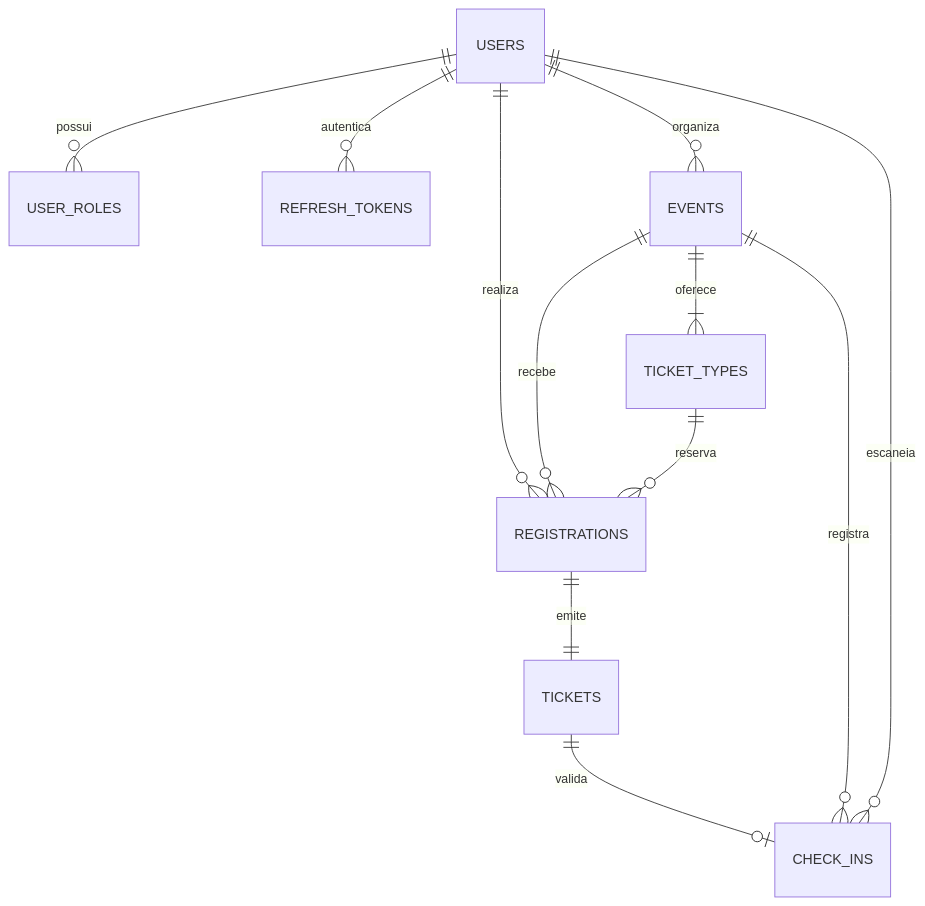
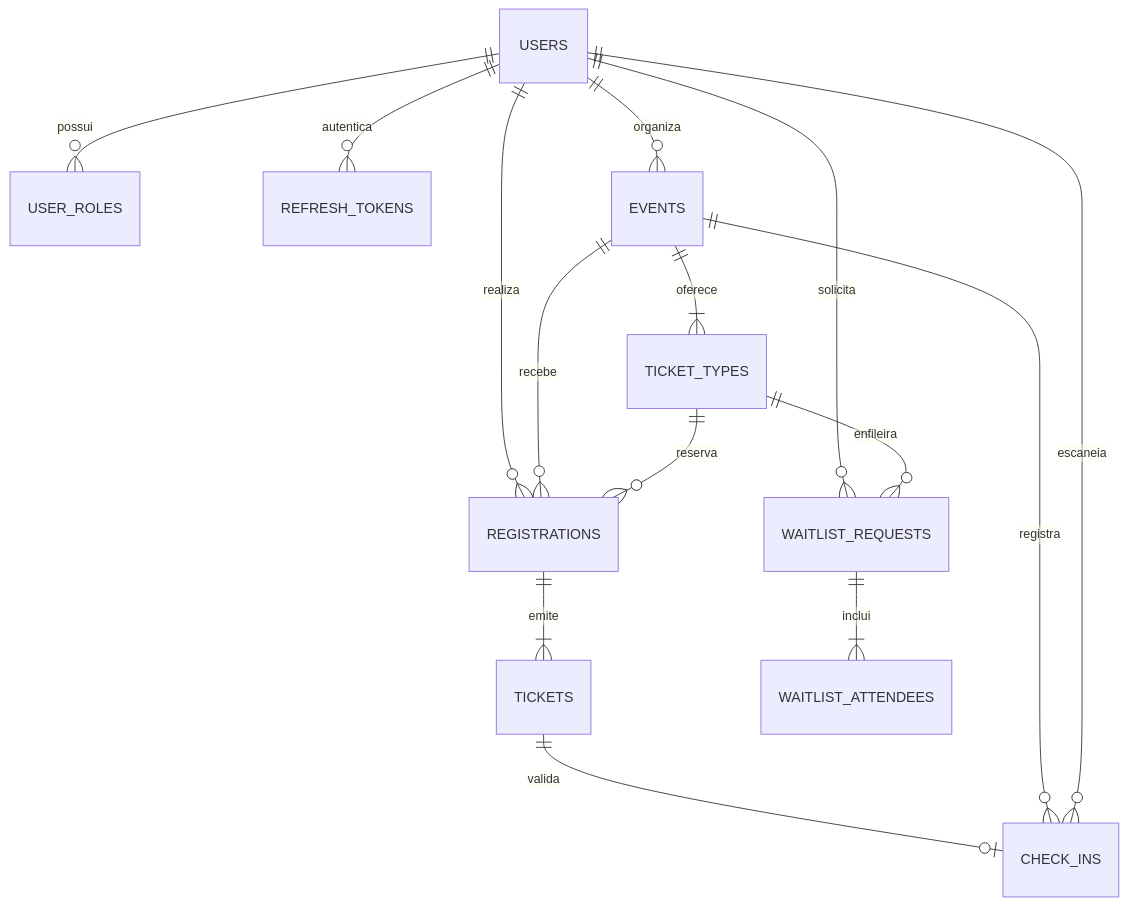
One commit to henriquebcorrea/eventhub changed the second of 2 diagrams in README.md. Above: the diagram before and after it, drawn with Mermaid. The commit also changed other lines of this file and 28 other files, not shown here.

First line of the commit message:
feat: group tickets, waitlist and portfolio showcase

````diff
--- a/README.md
+++ b/README.md
@@ -49,14 +50,17 @@
 ```mermaid
 erDiagram
     USERS ||--o{ USER_ROLES : possui
     USERS ||--o{ REFRESH_TOKENS : autentica
     USERS ||--o{ EVENTS : organiza
     EVENTS ||--|{ TICKET_TYPES : oferece
     USERS ||--o{ REGISTRATIONS : realiza
     EVENTS ||--o{ REGISTRATIONS : recebe
     TICKET_TYPES ||--o{ REGISTRATIONS : reserva
-    REGISTRATIONS ||--|| TICKETS : emite
+    REGISTRATIONS ||--|{ TICKETS : emite
+    USERS ||--o{ WAITLIST_REQUESTS : solicita
+    TICKET_TYPES ||--o{ WAITLIST_REQUESTS : enfileira
+    WAITLIST_REQUESTS ||--|{ WAITLIST_ATTENDEES : inclui
     TICKETS ||--o| CHECK_INS : valida
     EVENTS ||--o{ CHECK_INS : registra
     USERS ||--o{ CHECK_INS : escaneia
 ```
````
